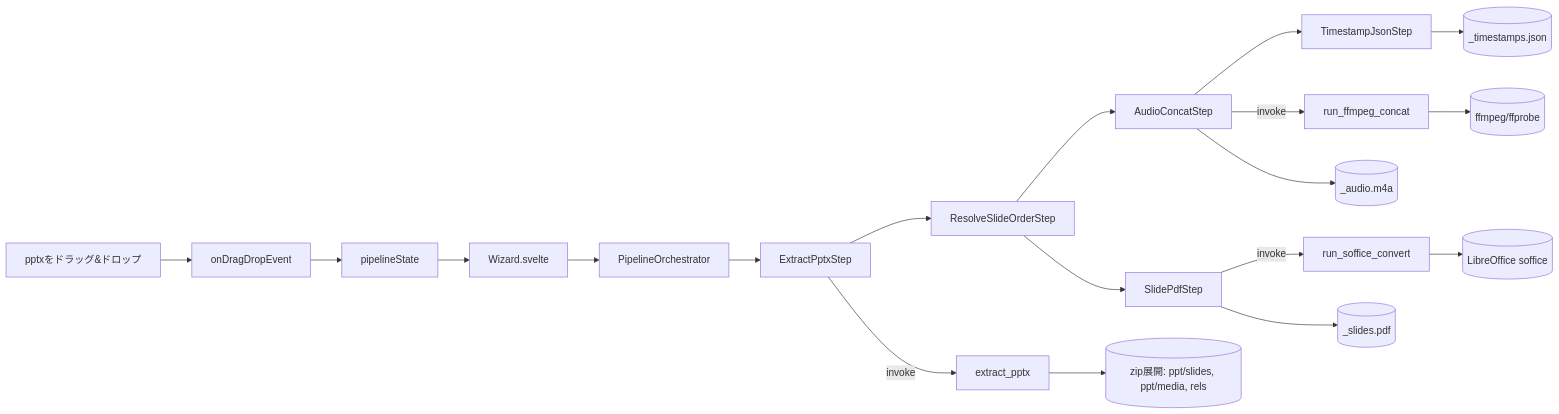
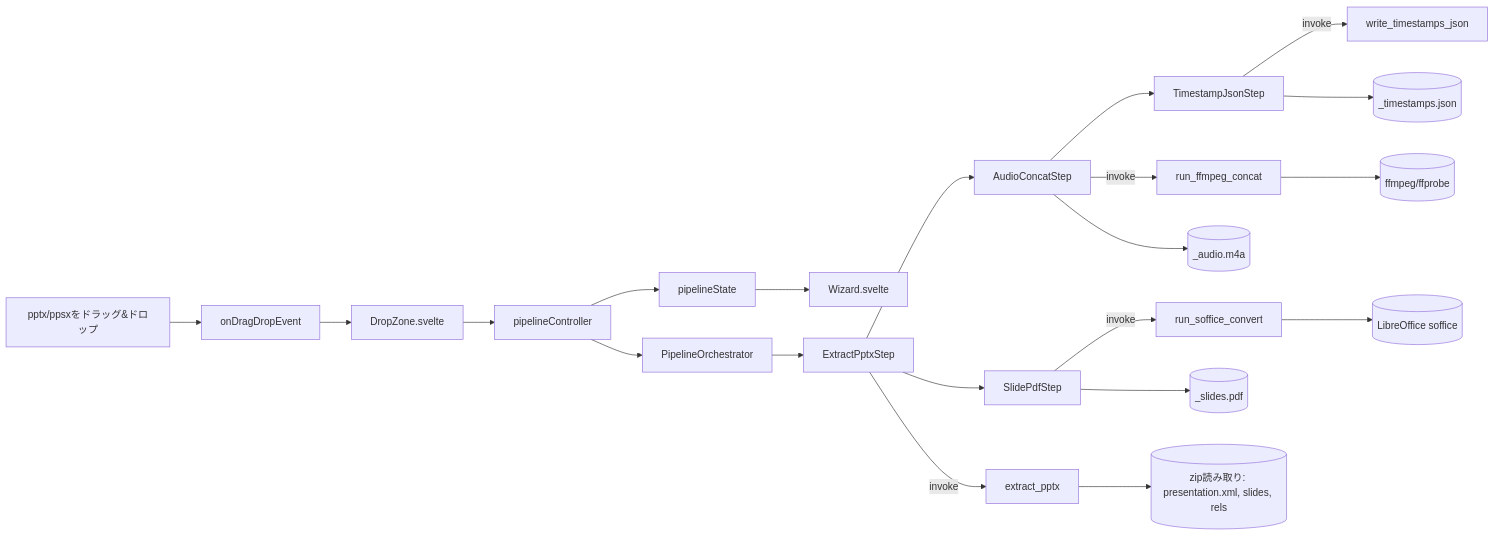
The diagram in roadmap/specs/ondemandclass_mspp_converter_SPEC_v1.md (rinfromniigata/ondemandclass_mspp_converter), drawn with Mermaid before and after one commit. The commit also changed other lines of this file and 4 other files, not shown here.

````diff
--- a/roadmap/specs/ondemandclass_mspp_converter_SPEC_v1.md
+++ b/roadmap/specs/ondemandclass_mspp_converter_SPEC_v1.md
@@ -85,25 +99,27 @@
 ```mermaid
 flowchart LR
-  DnD["pptxをドラッグ&ドロップ"] --> Evt[onDragDropEvent]
-  Evt --> PS[pipelineState]
+  DnD["pptx/ppsxをドラッグ&ドロップ"] --> Evt[onDragDropEvent]
+  Evt --> DZ[DropZone.svelte]
+  DZ --> CTRL[pipelineController]
+  CTRL --> PS[pipelineState]
   PS --> Wiz[Wizard.svelte]
-  Wiz --> ORC[PipelineOrchestrator]
+  CTRL --> ORC[PipelineOrchestrator]
 
   ORC --> S1[ExtractPptxStep]
-  S1 --> S2[ResolveSlideOrderStep]
-  S2 --> S3[AudioConcatStep]
-  S2 --> S4[SlidePdfStep]
+  S1 --> S3[AudioConcatStep]
+  S1 --> S4[SlidePdfStep]
   S3 --> S5[TimestampJsonStep]
 
   S1 -- invoke --> CMD1[extract_pptx]
   S3 -- invoke --> CMD2[run_ffmpeg_concat]
   S4 -- invoke --> CMD3[run_soffice_convert]
+  S5 -- invoke --> CMD4[write_timestamps_json]
 
-  CMD1 --> ZIP[(zip展開: ppt/slides, ppt/media, rels)]
+  CMD1 --> ZIP[(zip読み取り: presentation.xml, slides, rels)]
   CMD2 --> FFMPEG[(ffmpeg/ffprobe)]
   CMD3 --> SOFFICE[(LibreOffice soffice)]
 
   S5 --> OUT3[("<basename>_timestamps.json")]
   S3 --> OUT1[("<basename>_audio.m4a")]
   S4 --> OUT2[("<basename>_slides.pdf")]
 ```
````
